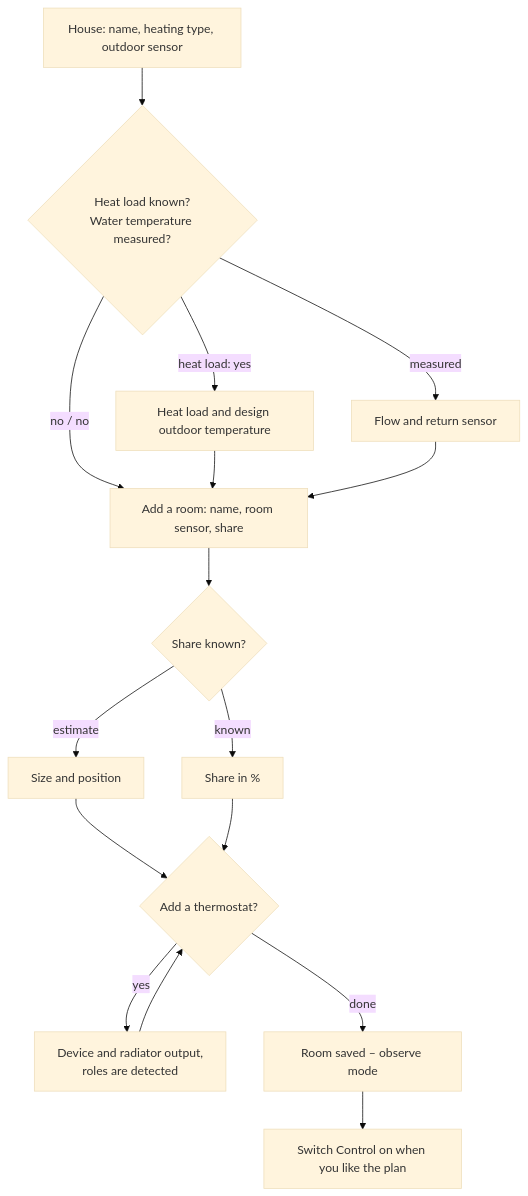
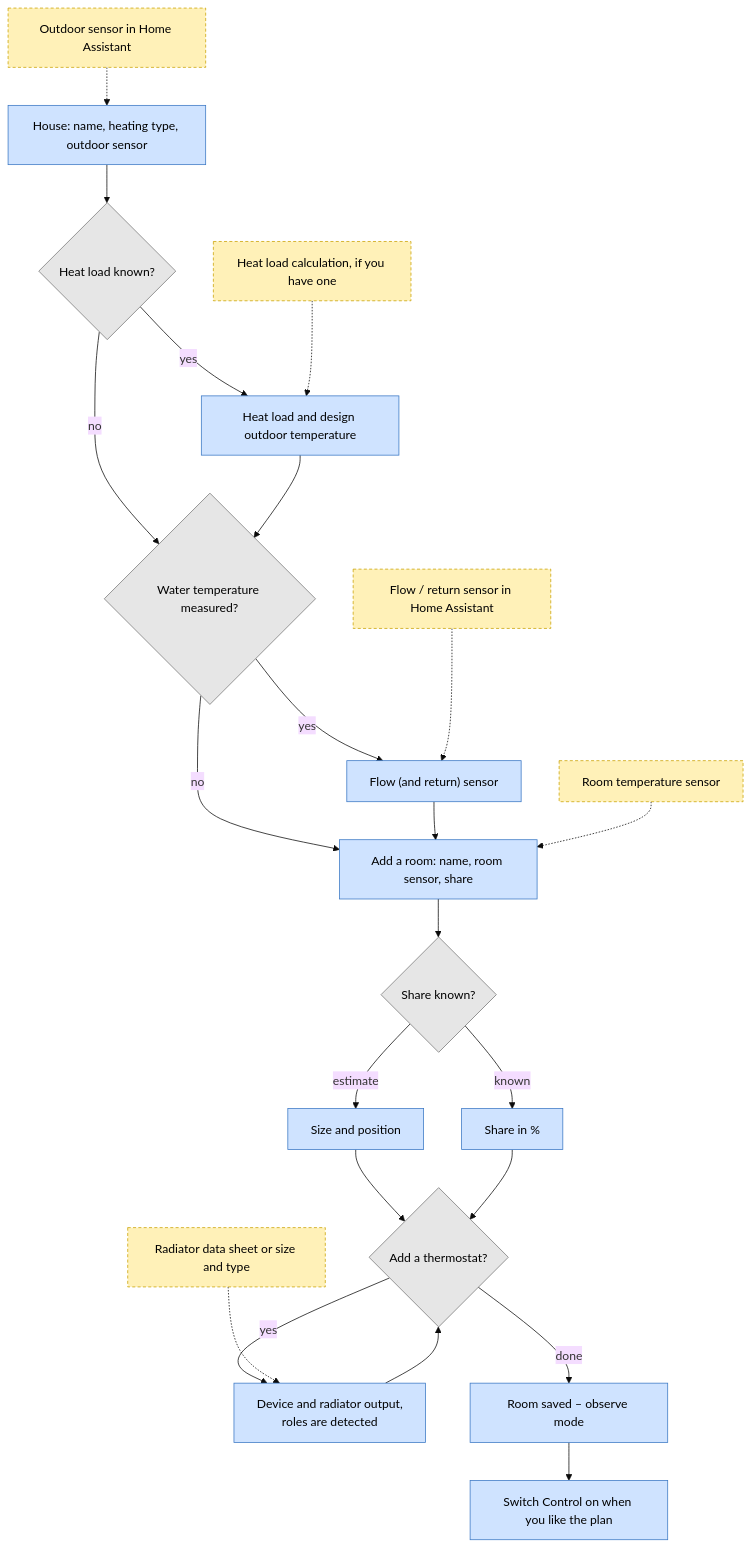
Before and after one commit to mschmiedel/thermogeist: the diagram in docs/en/getting-started.md, drawn with Mermaid (base theme). The commit also changed other lines of this file and 1 other file, not shown here.

Commit message:
Docs: clearer setup diagram (separate questions, colours for steps, answers and preparation)

````diff
--- a/docs/en/getting-started.md
+++ b/docs/en/getting-started.md
@@ -25,18 +26,32 @@
 ```mermaid
 flowchart TD
-    A["House: name, heating type, outdoor sensor"] --> B{"Heat load known?<br/>Water temperature measured?"}
-    B -- "heat load: yes" --> C["Heat load and design outdoor temperature"]
-    B -- "measured" --> D["Flow and return sensor"]
-    B -- "no / no" --> E
-    C --> E
-    D --> E["Add a room: name, room sensor, share"]
-    E --> F{"Share known?"}
-    F -- "estimate" --> G["Size and position"]
-    F -- "known" --> H["Share in %"]
-    G --> I{"Add a thermostat?"}
-    H --> I
-    I -- "yes" --> J["Device and radiator output,<br/>roles are detected"]
-    J --> I
-    I -- "done" --> K["Room saved – observe mode"]
-    K --> L["Switch Control on when you like the plan"]
+    A["House: name, heating type, outdoor sensor"] --> B{"Heat load known?"}
+    B -- "yes" --> C["Heat load and design outdoor temperature"]
+    B -- "no" --> D
+    C --> D{"Water temperature measured?"}
+    D -- "yes" --> E["Flow (and return) sensor"]
+    D -- "no" --> F
+    E --> F["Add a room: name, room sensor, share"]
+    F --> G{"Share known?"}
+    G -- "estimate" --> H["Size and position"]
+    G -- "known" --> I["Share in %"]
+    H --> J{"Add a thermostat?"}
+    I --> J
+    J -- "yes" --> K["Device and radiator output,<br/>roles are detected"]
+    K --> J
+    J -- "done" --> L["Room saved – observe mode"]
+    L --> M["Switch Control on when you like the plan"]
+
+    P1["Outdoor sensor in Home Assistant"] -.-> A
+    P2["Heat load calculation, if you have one"] -.-> C
+    P3["Flow / return sensor in Home Assistant"] -.-> E
+    P4["Room temperature sensor"] -.-> F
+    P5["Radiator data sheet or size and type"] -.-> K
+
+    classDef step fill:#cfe3ff,stroke:#3b78c4,color:#000
+    classDef ask fill:#e6e6e6,stroke:#777,color:#000
+    classDef prep fill:#fff1b8,stroke:#c9a200,color:#000,stroke-dasharray: 4 3
+    class A,C,E,F,H,I,K,L,M step
+    class B,D,G,J ask
+    class P1,P2,P3,P4,P5 prep
 ```
````
